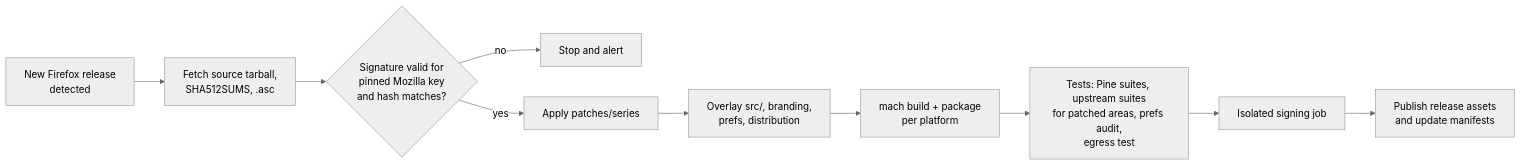
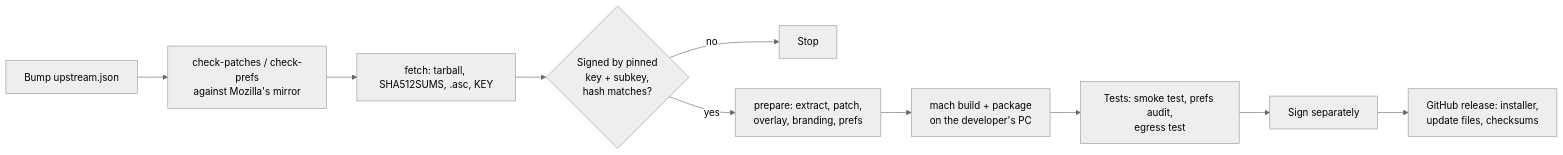
Before and after one commit to Eplico/Pine: the diagram in docs/design.md, drawn with Mermaid (neutral theme). The commit also changed other lines of this file and 2 other files, not shown here.

````diff
--- a/docs/design.md
+++ b/docs/design.md
@@ -611,12 +579,12 @@
 ```mermaid
 flowchart LR
-  A[New Firefox release<br/>detected] --> B[Fetch source tarball,<br/>SHA512SUMS, .asc]
-  B --> C{Signature valid for<br/>pinned Mozilla key<br/>and hash matches?}
-  C -- no --> X[Stop and alert]
-  C -- yes --> D[Apply patches/series]
-  D --> E[Overlay src/, branding,<br/>prefs, distribution]
-  E --> F[mach build + package<br/>per platform]
-  F --> G[Tests: Pine suites, upstream suites<br/>for patched areas, prefs audit,<br/>egress test]
-  G --> H[Isolated signing job]
-  H --> I[Publish release assets<br/>and update manifests]
+  A[Bump upstream.json] --> B[check-patches / check-prefs<br/>against Mozilla's mirror]
+  B --> C[fetch: tarball, SHA512SUMS, .asc, KEY]
+  C --> D{Signed by pinned<br/>key + subkey,<br/>hash matches?}
+  D -- no --> X[Stop]
+  D -- yes --> E[prepare: extract, patch,<br/>overlay, branding, prefs]
+  E --> F[mach build + package<br/>on the developer's PC]
+  F --> G[Tests: smoke test, prefs audit,<br/>egress test]
+  G --> H[Sign separately]
+  H --> I[GitHub release: installer,<br/>update files, checksums]
 ```
````
